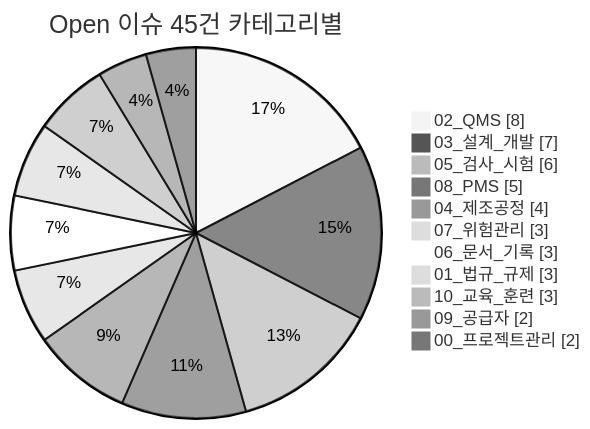
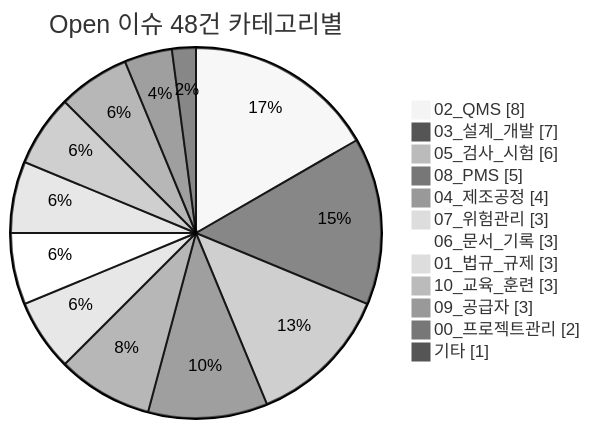
Before and after one commit to holee9/MD-process: the fourth of 4 diagrams in README.md, drawn with Mermaid (neutral theme). The commit also changed other lines of this file, not shown here.

````diff
--- a/README.md
+++ b/README.md
@@ -168,15 +169,16 @@
 ```mermaid
 pie showData
-    title Open 이슈 45건 카테고리별
+    title Open 이슈 48건 카테고리별
     "02_QMS" : 8
     "03_설계_개발" : 7
     "05_검사_시험" : 6
     "08_PMS" : 5
     "04_제조공정" : 4
     "07_위험관리" : 3
     "06_문서_기록" : 3
     "01_법규_규제" : 3
     "10_교육_훈련" : 3
-    "09_공급자" : 2
+    "09_공급자" : 3
     "00_프로젝트관리" : 2
+    "기타" : 1
 ```
````
